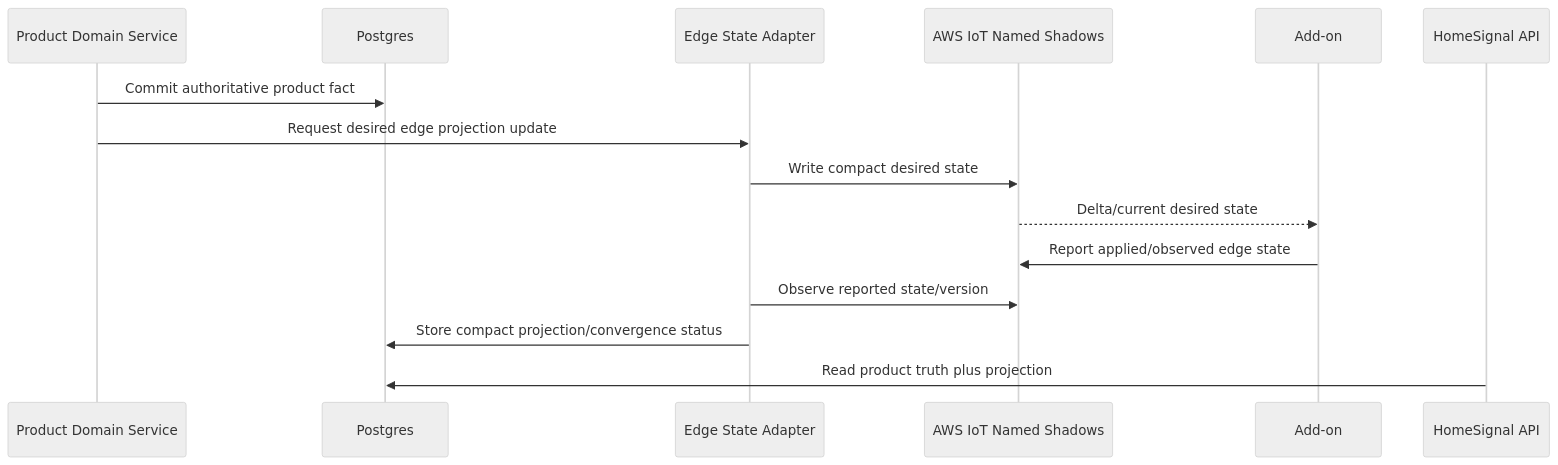
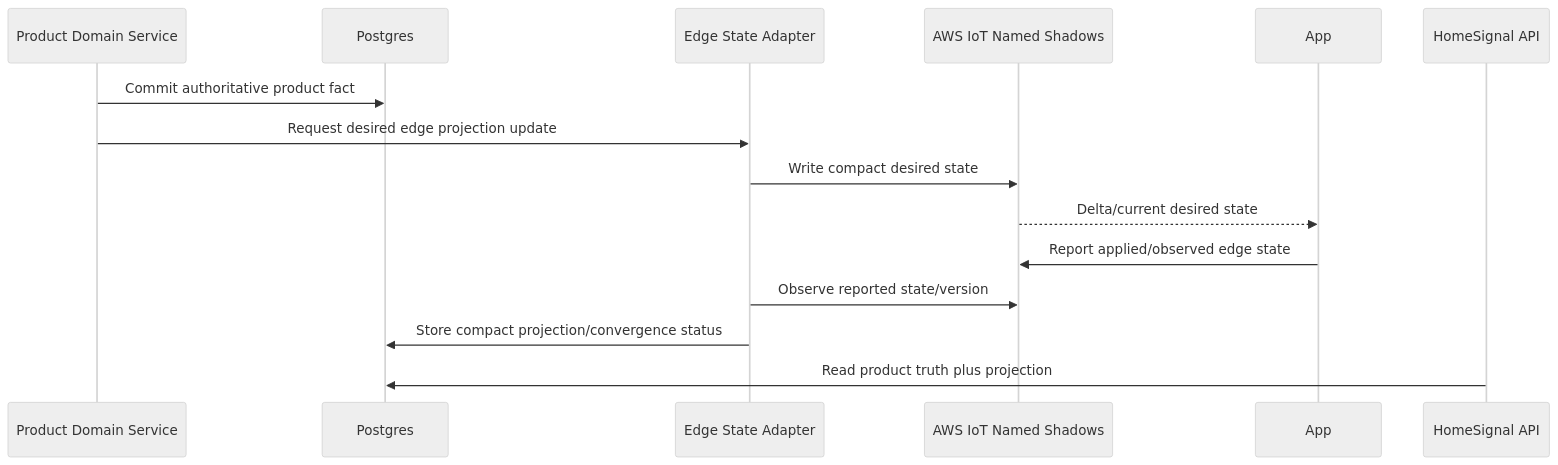
The fifth of 8 diagrams in design-docs/service-map.md (homesignal-io/homesignal-home-assistant-app), drawn with Mermaid (neutral theme) before and after one commit. The commit also changed other lines of this file and 73 other files, not shown here.

````diff
--- a/design-docs/service-map.md
+++ b/design-docs/service-map.md
@@ -288,18 +288,18 @@
 ```mermaid
 sequenceDiagram
   participant Domain as Product Domain Service
   participant DB as Postgres
   participant EdgeState as Edge State Adapter
   participant Shadows as AWS IoT Named Shadows
-  participant Addon as Add-on
+  participant App as App
   participant API as HomeSignal API
 
   Domain->>DB: Commit authoritative product fact
   Domain->>EdgeState: Request desired edge projection update
   EdgeState->>Shadows: Write compact desired state
-  Shadows-->>Addon: Delta/current desired state
-  Addon->>Shadows: Report applied/observed edge state
+  Shadows-->>App: Delta/current desired state
+  App->>Shadows: Report applied/observed edge state
   EdgeState->>Shadows: Observe reported state/version
   EdgeState->>DB: Store compact projection/convergence status
   API->>DB: Read product truth plus projection
 ```
````
